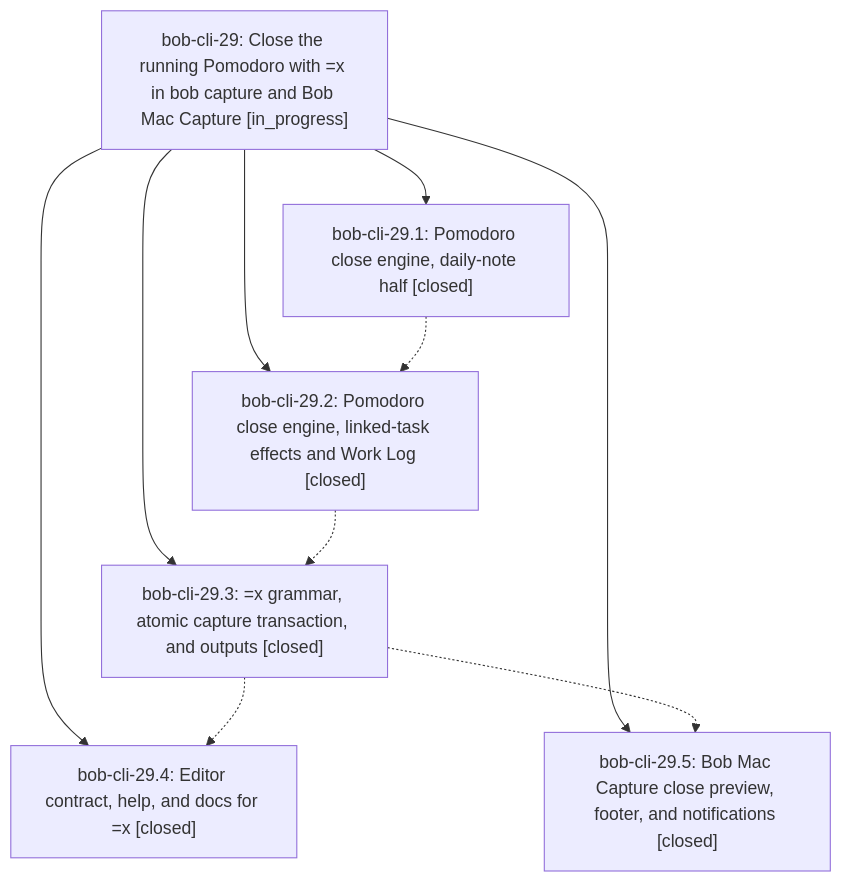
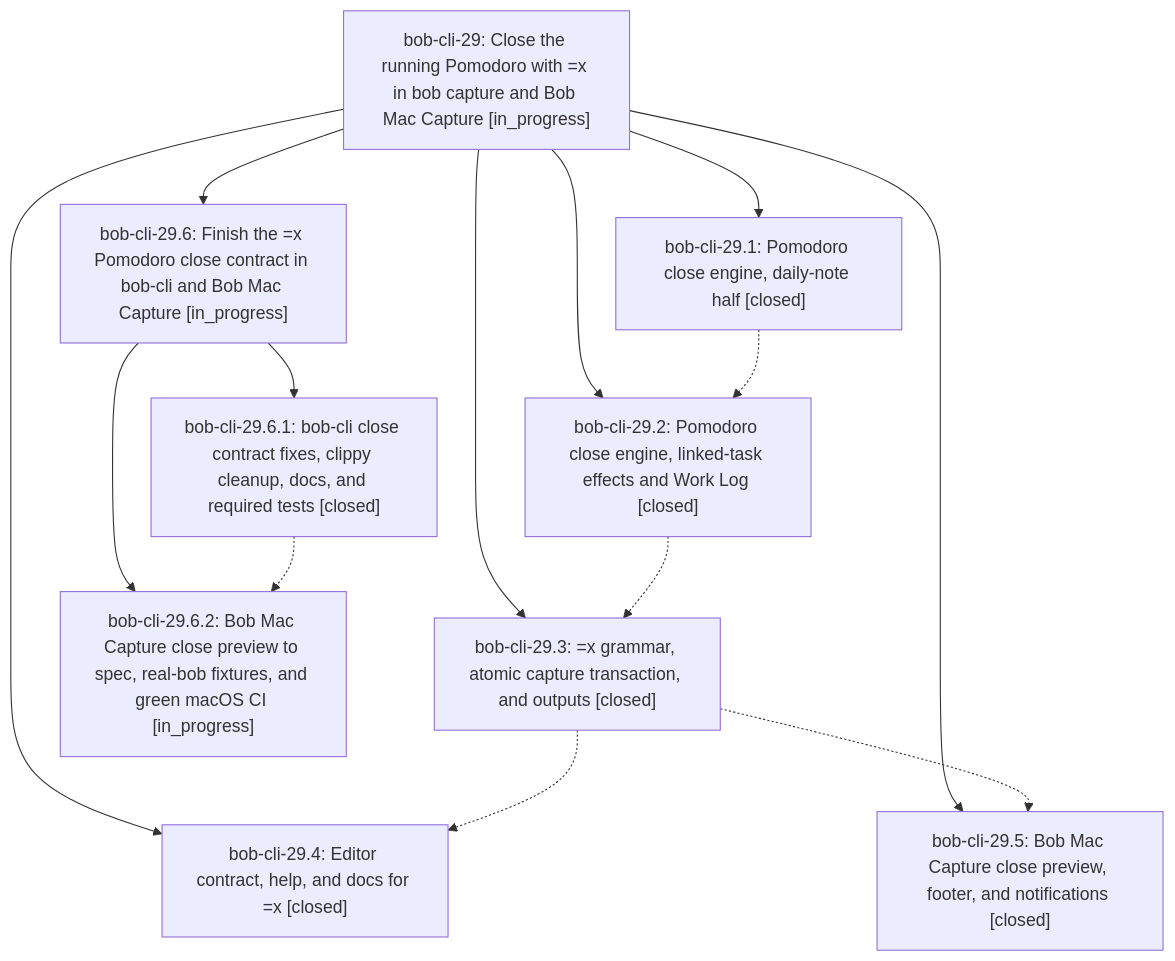
Before and after one commit to bobs-org/bob-cli--beads: the diagram in pages/bob-cli-29/README.md, drawn with Mermaid. The commit also changed other lines of this file and 4 other files, not shown here.

First line of the commit message:
chore(beads): sync bead state and pages for bob-cli-29

````diff
--- a/pages/bob-cli-29/README.md
+++ b/pages/bob-cli-29/README.md
@@ -26,18 +49,25 @@
 ```mermaid
 flowchart TD
     n0["bob-cli-29: Close the running Pomodoro with =x in bob capture and Bob Mac Capture [in_progress]"]
     n1["bob-cli-29.1: Pomodoro close engine, daily-note half [closed]"]
     n2["bob-cli-29.2: Pomodoro close engine, linked-task effects and Work Log [closed]"]
     n3["bob-cli-29.3: =x grammar, atomic capture transaction, and outputs [closed]"]
     n4["bob-cli-29.4: Editor contract, help, and docs for =x [closed]"]
     n5["bob-cli-29.5: Bob Mac Capture close preview, footer, and notifications [closed]"]
+    n6["bob-cli-29.6: Finish the =x Pomodoro close contract in bob-cli and Bob Mac Capture [in_progress]"]
+    n7["bob-cli-29.6.1: bob-cli close contract fixes, clippy cleanup, docs, and required tests [closed]"]
+    n8["bob-cli-29.6.2: Bob Mac Capture close preview to spec, real-bob fixtures, and green macOS CI [in_progress]"]
     n0 --> n1
     n0 --> n2
     n0 --> n3
     n0 --> n4
     n0 --> n5
+    n0 --> n6
+    n6 --> n7
+    n6 --> n8
     n1 -.-> n2
     n2 -.-> n3
     n3 -.-> n4
     n3 -.-> n5
+    n7 -.-> n8
 ```
````
